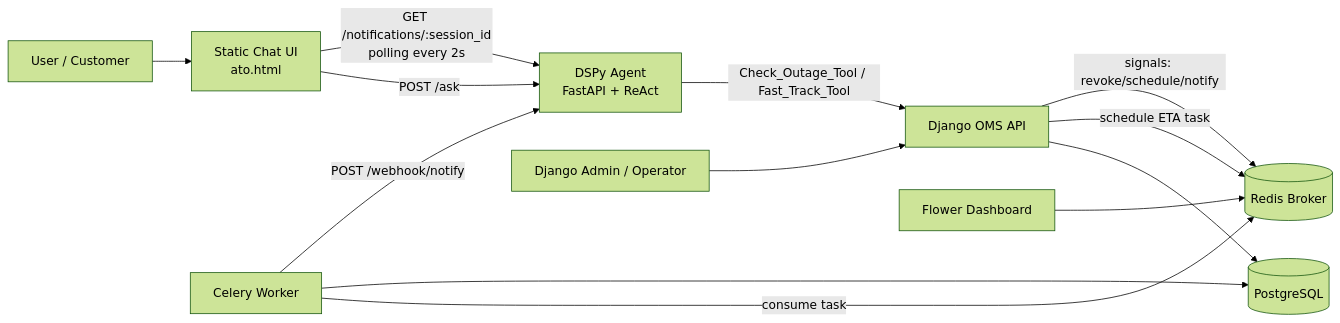
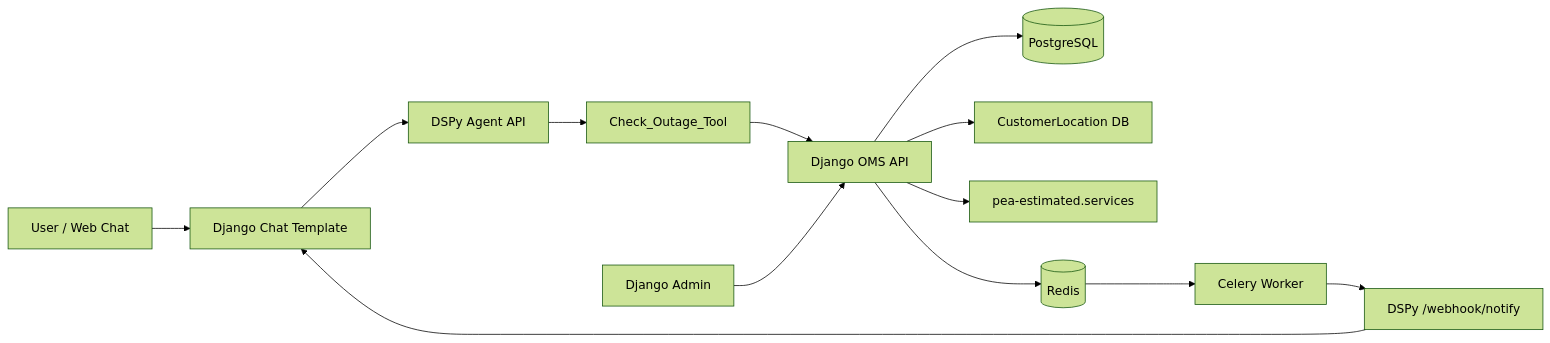
One commit to Atothegod/poc_excise changed the first of 3 diagrams in SYSTEM_ARCHITECTURE.md. Above: the diagram before and after it, drawn with Mermaid (forest theme). The commit also changed other lines of this file and 16 other files, not shown here.

````diff
--- a/SYSTEM_ARCHITECTURE.md
+++ b/SYSTEM_ARCHITECTURE.md
@@ -26,17 +22,15 @@
 ```mermaid
 flowchart LR
-    User[User / Customer] --> Web[Static Chat UI<br/>ato.html]
-    Web -->|POST /ask| Agent[DSPy Agent<br/>FastAPI + ReAct]
-    Web -->|GET /notifications/:session_id<br/>polling every 2s| Agent
-
-    Agent -->|Check_Outage_Tool / Fast_Track_Tool| Backend[Django OMS API]
-    Backend --> DB[(PostgreSQL)]
-    Backend -->|schedule ETA task| Redis[(Redis Broker)]
-    Worker[Celery Worker] -->|consume task| Redis
-    Worker --> DB
-    Worker -->|POST /webhook/notify| Agent
-
-    Admin[Django Admin / Operator] --> Backend
-    Backend -->|signals: revoke/schedule/notify| Redis
-    Flower[Flower Dashboard] --> Redis
+    User[User / Web Chat] --> ChatUI[Django Chat Template]
+    ChatUI --> Agent[DSPy Agent API]
+    Agent --> Tool[Check_Outage_Tool]
+    Tool --> OMS[Django OMS API]
+    OMS --> DB[(PostgreSQL)]
+    OMS --> CA[CustomerLocation DB]
+    OMS --> Estimator[pea-estimated.services]
+    OMS --> Redis[(Redis)]
+    Redis --> Celery[Celery Worker]
+    Celery --> AgentWebhook[DSPy /webhook/notify]
+    AgentWebhook --> ChatUI
+    Admin[Django Admin] --> OMS
 ```
````
